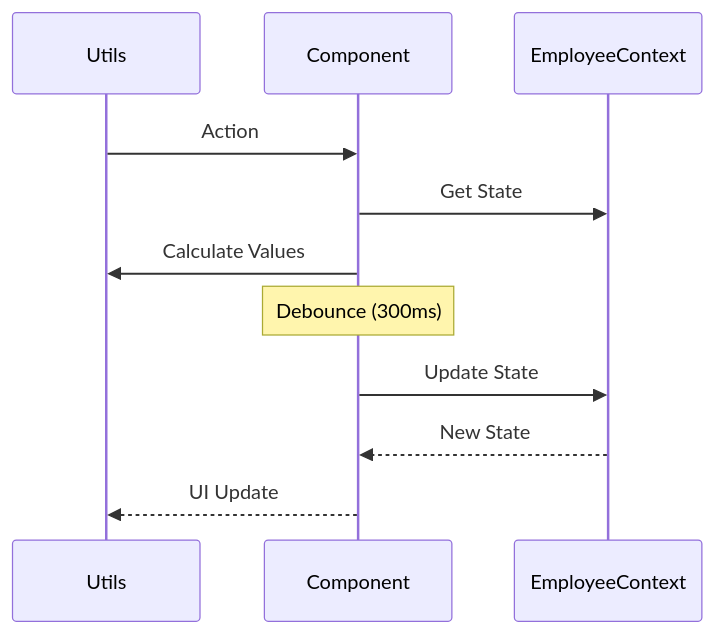
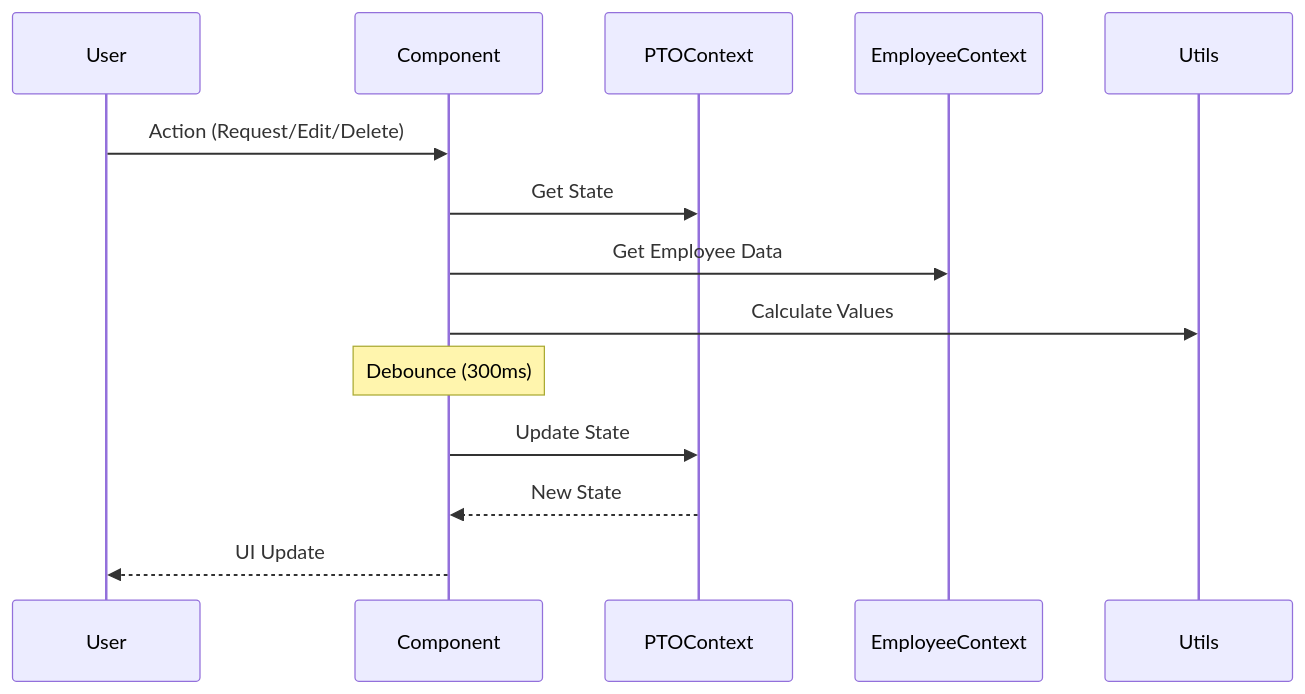
Before and after one commit to l2laihub/employee-time-tracking-app: the second of 3 diagrams in docs/features/pto/pto-feature-technical.md, drawn with Mermaid. The commit also changed other lines of this file and 1 other file, not shown here.

````diff
--- a/docs/features/pto/pto-feature-technical.md
+++ b/docs/features/pto/pto-feature-technical.md
@@ -67,15 +67,17 @@
 ```mermaid
 sequenceDiagram
     participant U as User
     participant C as Component
+    participant PC as PTOContext
     participant EC as EmployeeContext
-    participant U as Utils
+    participant UT as Utils
     
-    U->>C: Action
-    C->>EC: Get State
-    C->>U: Calculate Values
+    U->>C: Action (Request/Edit/Delete)
+    C->>PC: Get State
+    C->>EC: Get Employee Data
+    C->>UT: Calculate Values
     Note over C: Debounce (300ms)
-    C->>EC: Update State
-    EC-->>C: New State
+    C->>PC: Update State
+    PC-->>C: New State
     C-->>U: UI Update
 ```
````
